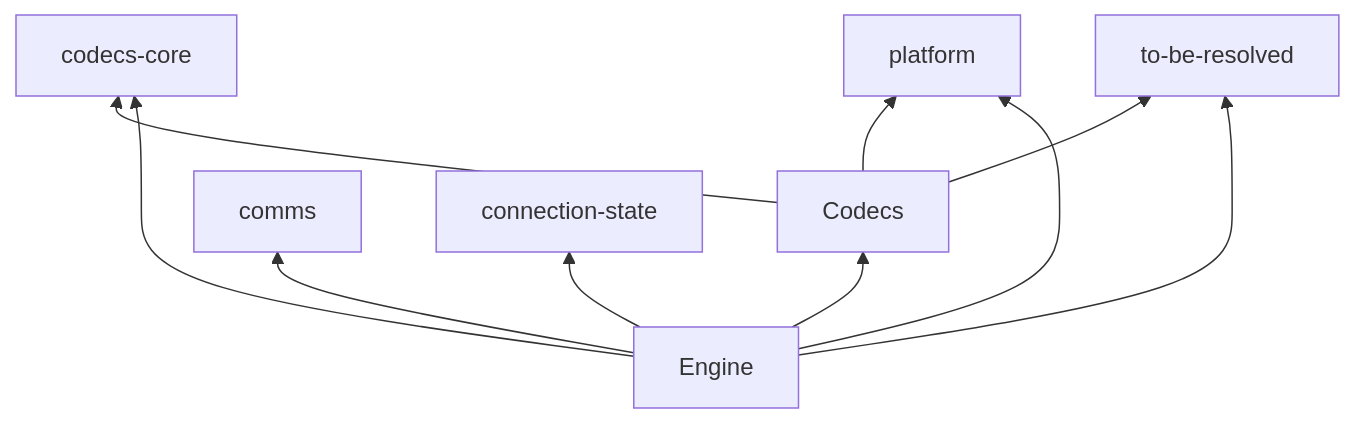
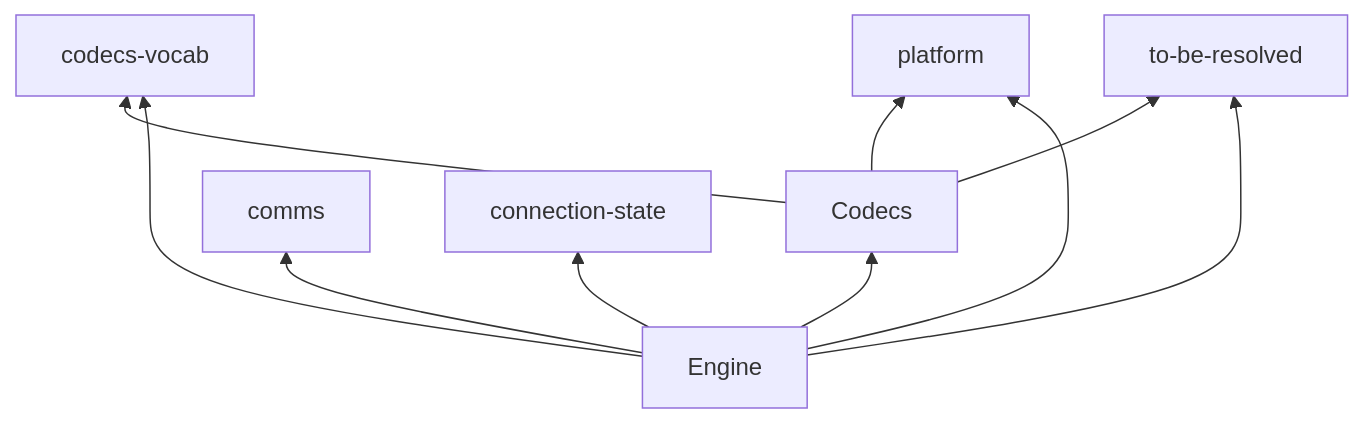
Before and after one commit to nikita-volkov/hasql: the second of 2 diagrams in AGENTS.md, drawn with Mermaid. The commit also changed other lines of this file and 1 other file, not shown here.

````diff
--- a/AGENTS.md
+++ b/AGENTS.md
@@ -66,12 +66,12 @@
 ```mermaid
 flowchart BT
-  Codecs --> codecs-core
+  Codecs --> codecs-vocab
   Codecs --> platform
   Codecs --> to-be-resolved
   Engine --> Codecs
-  Engine --> codecs-core
+  Engine --> codecs-vocab
   Engine --> comms
   Engine --> connection-state
   Engine --> platform
   Engine --> to-be-resolved
 ```
````
